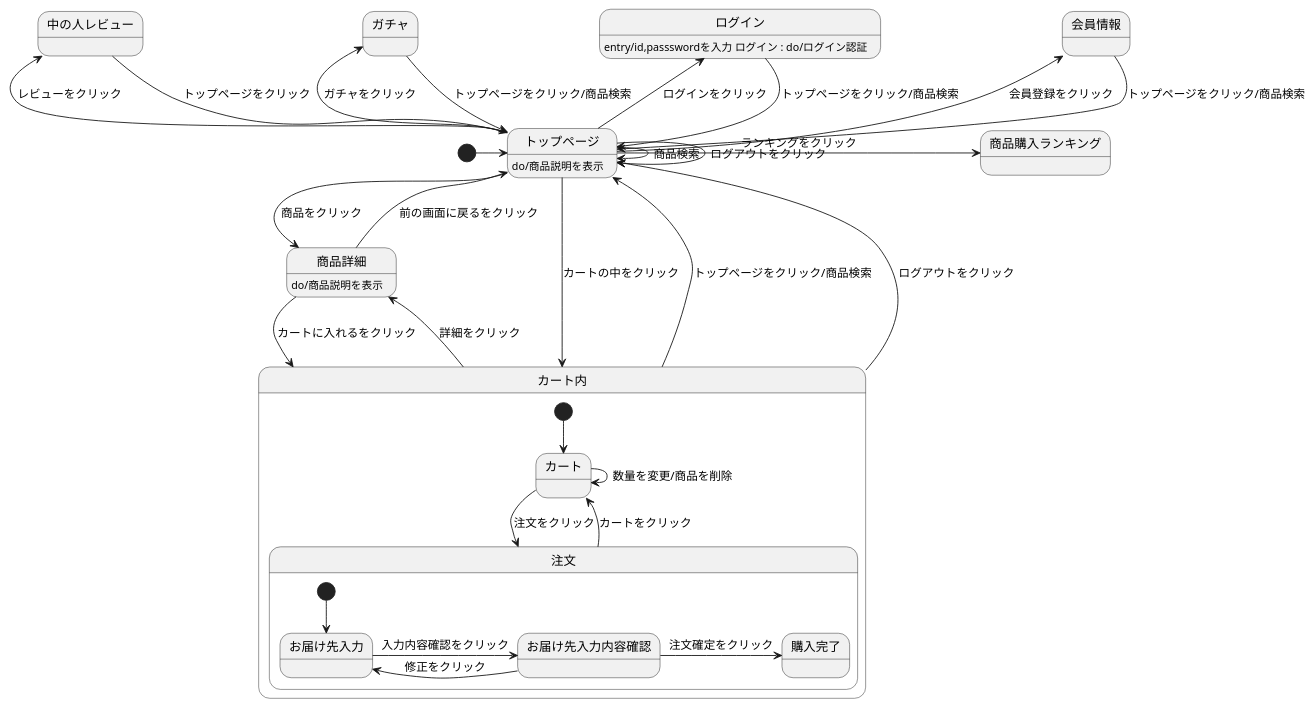
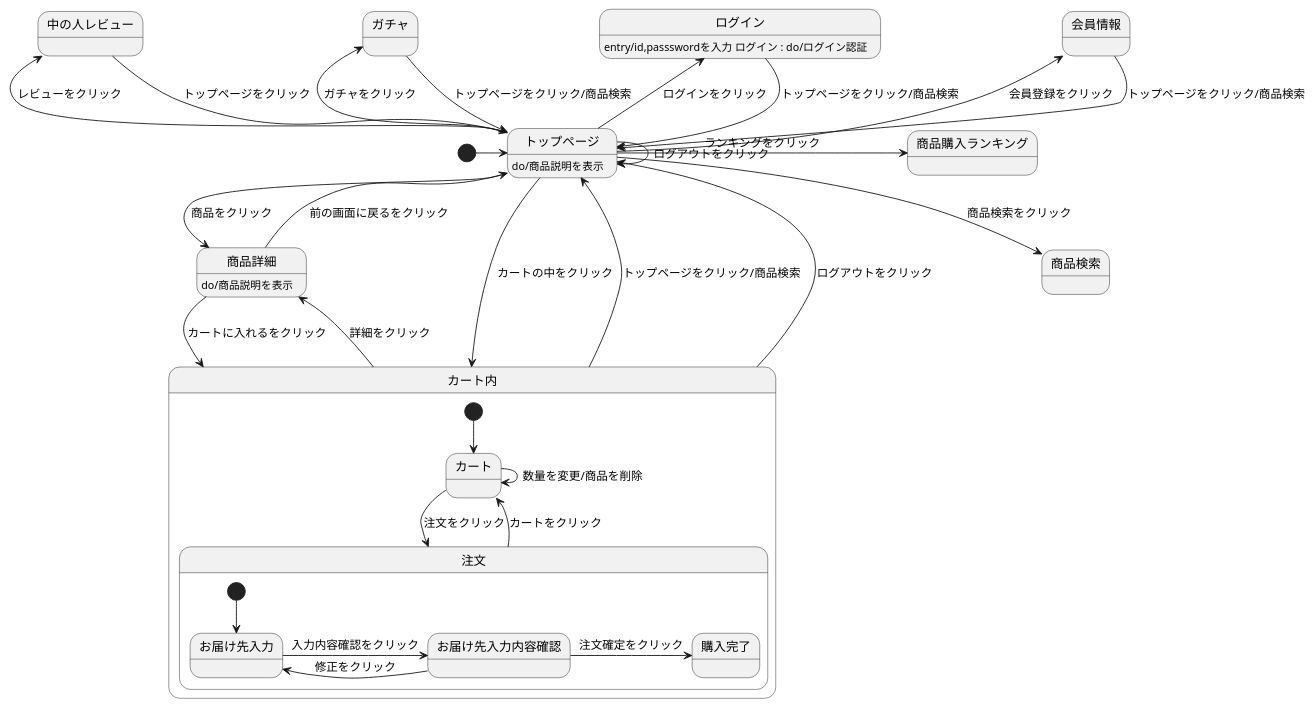
One commit to Aso2001220/2021sys-design changed the diagram in 4_01.md. Above: the diagram before and after it, drawn with PlantUML.

````diff
--- a/4_01.md
+++ b/4_01.md
@@ -1,39 +1,39 @@
 ```uml
 @startuml
 
 [*] -> トップページ
 会員情報 --> トップページ : トップページをクリック/商品検索
 ログイン --> トップページ : トップページをクリック/商品検索
 ログイン : entry/id,passswordを入力 ログイン : do/ログイン認証
 トップページ --> トップページ : ログアウトをクリック
-トップページ -> トップページ : 商品検索
+トップページ --> 商品検索 : 商品検索をクリック
 トップページ -> 商品詳細 : 商品をクリック
 トップページ -left-> 会員情報 : 会員登録をクリック
 トップページ -left-> ログイン : ログインをクリック
 トップページ -left-> ガチャ : ガチャをクリック
 トップページ -left-> 中の人レビュー : レビューをクリック
 トップページ -> 商品購入ランキング : ランキングをクリック
 トップページ --> カート内 : カートの中をクリック
 トップページ : do/商品説明を表示
 商品詳細 --> カート内 : カートに入れるをクリック
 商品詳細 --> トップページ : 前の画面に戻るをクリック
 商品詳細 : do/商品説明を表示
 カート内 -up-> トップページ : トップページをクリック/商品検索
 カート内 -up-> トップページ : ログアウトをクリック
 カート内 -> 商品詳細 : 詳細をクリック
 ガチャ --> トップページ : トップページをクリック/商品検索
 中の人レビュー --> トップページ : トップページをクリック
 state カート内{
 [*] --> カート 
 カート -> 注文 : 注文をクリック
 カート -> カート : 数量を変更/商品を削除
 注文 --> カート : カートをクリック
 state 注文{ 
 [*] --> お届け先入力
 お届け先入力 -> お届け先入力内容確認 : 入力内容確認をクリック
 お届け先入力内容確認 -> お届け先入力 : 修正をクリック
 お届け先入力内容確認 -> 購入完了 : 注文確定をクリック
 } 
 }
 @enduml
 ```
````
